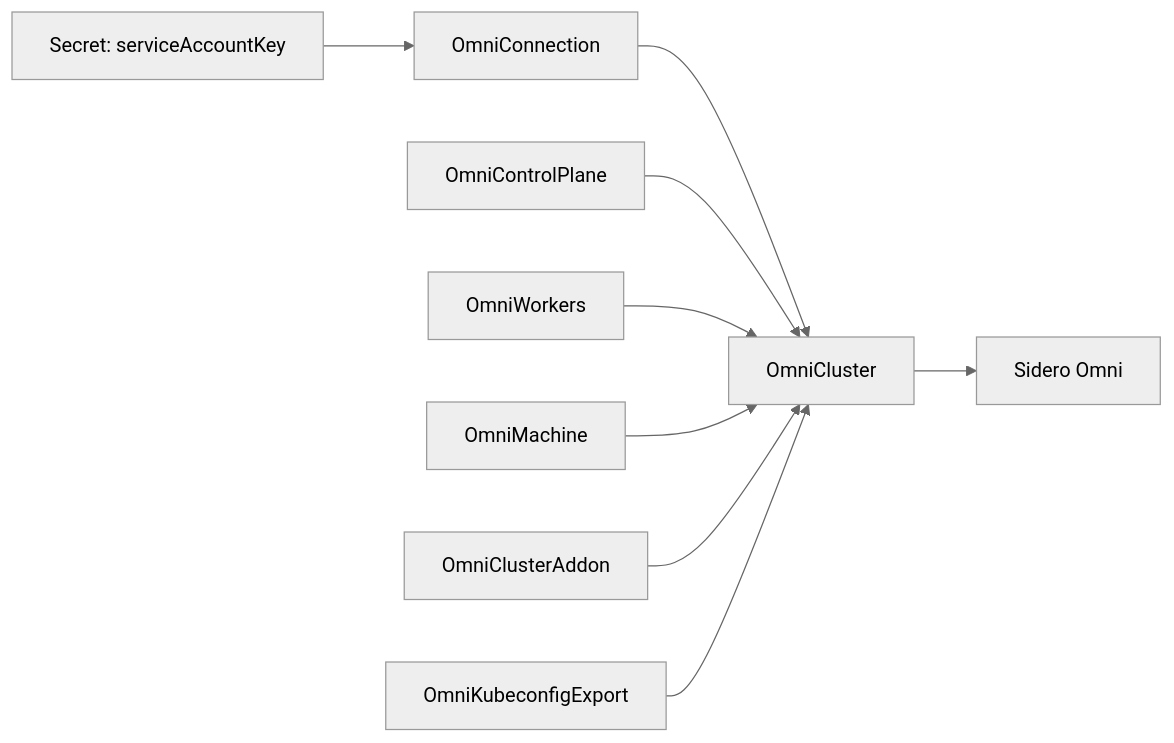
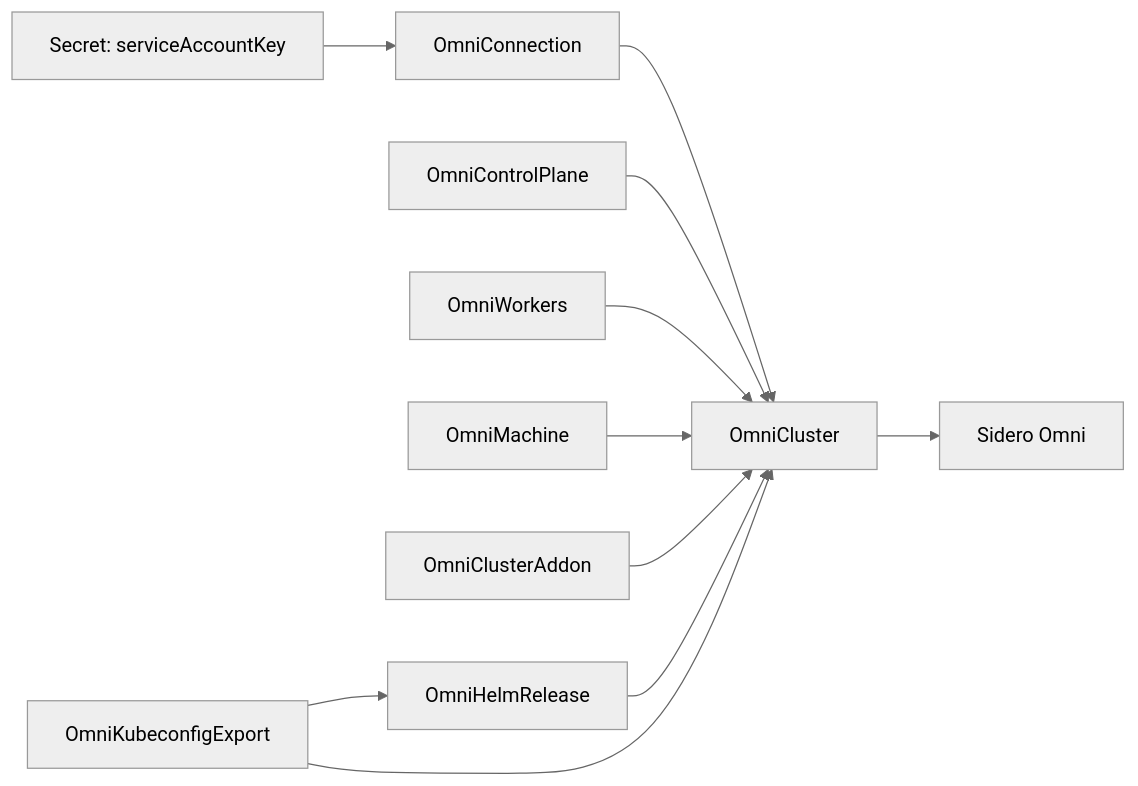
One commit to texas-hpc/omni-cluster-operator changed the diagram in docs/index.md. Above: the diagram before and after it, drawn with Mermaid (neutral theme). The commit also changed other lines of this file and 42 other files, not shown here.

````diff
--- a/docs/index.md
+++ b/docs/index.md
@@ -42,11 +44,13 @@
 ```mermaid
 flowchart LR
   Secret["Secret: serviceAccountKey"] --> Connection["OmniConnection"]
   Connection --> Cluster["OmniCluster"]
   ControlPlane["OmniControlPlane"] --> Cluster
   Workers["OmniWorkers"] --> Cluster
   Machine["OmniMachine"] --> Cluster
   Addon["OmniClusterAddon"] --> Cluster
-  Export["OmniKubeconfigExport"] --> Cluster
+  Export["OmniKubeconfigExport"] --> HelmRelease["OmniHelmRelease"]
+  HelmRelease --> Cluster
+  Export --> Cluster
   Cluster --> Omni["Sidero Omni"]
 ```
````
